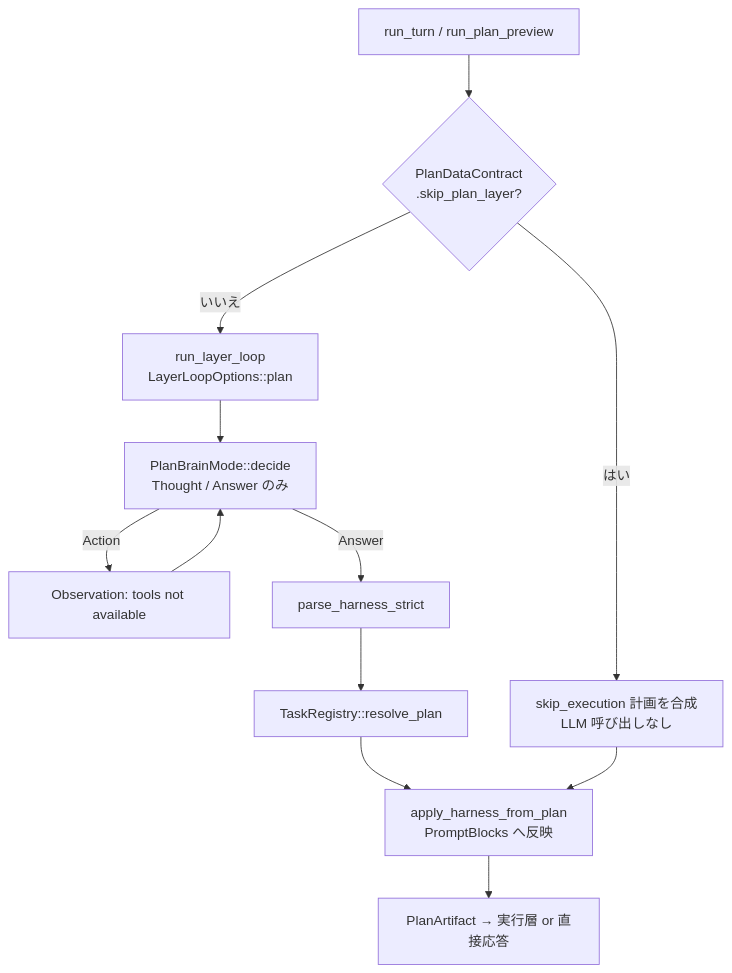
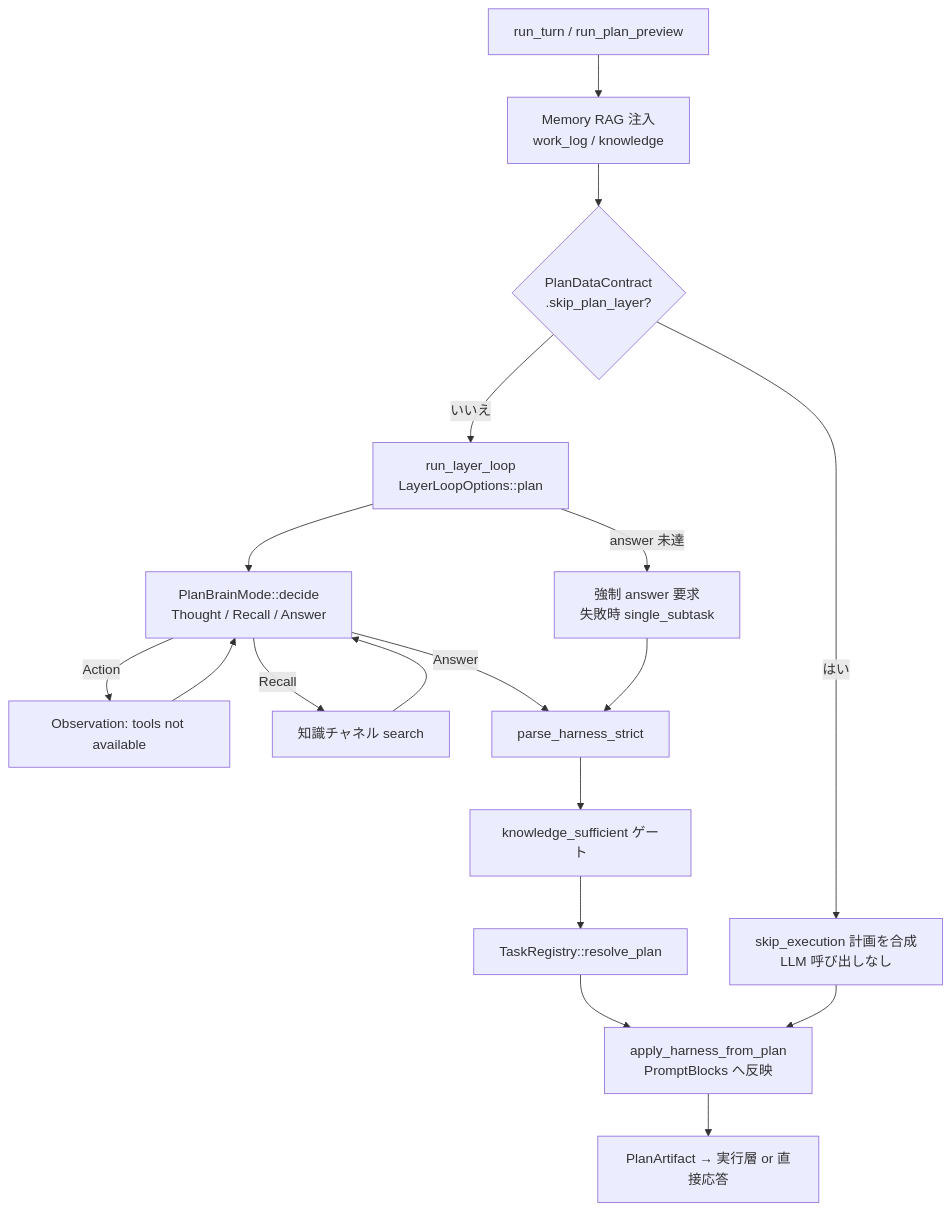
The second of 7 diagrams in doc/architecture/01_計画層.md (tax-mux/harness-seed), drawn with Mermaid before and after one commit. The commit also changed other lines of this file and 43 other files, not shown here.

First line of the commit message:
Harden plan/memory contracts and document the memory layer.

````diff
--- a/doc/architecture/01_計画層.md
+++ b/doc/architecture/01_計画層.md
@@ -34,14 +35,20 @@
 ```mermaid
 flowchart TD
-    START["run_turn / run_plan_preview"] --> SKIP{"PlanDataContract<br/>.skip_plan_layer?"}
+    START["run_turn / run_plan_preview"] --> MEM["Memory RAG 注入<br/>work_log / knowledge"]
+    MEM --> SKIP{"PlanDataContract<br/>.skip_plan_layer?"}
     SKIP -->|はい| TRIV["skip_execution 計画を合成<br/>LLM 呼び出しなし"]
     SKIP -->|いいえ| LOOP["run_layer_loop<br/>LayerLoopOptions::plan"]
-    LOOP --> BRAIN["PlanBrainMode::decide<br/>Thought / Answer のみ"]
+    LOOP --> BRAIN["PlanBrainMode::decide<br/>Thought / Recall / Answer"]
     BRAIN -->|Action| REJ["Observation: tools not available"]
     REJ --> BRAIN
+    BRAIN -->|Recall| MEM2["知識チャネル search"]
+    MEM2 --> BRAIN
     BRAIN -->|Answer| PARSE["parse_harness_strict"]
-    PARSE --> RESOLVE["TaskRegistry::resolve_plan"]
+    LOOP -->|answer 未達| FIN["強制 answer 要求<br/>失敗時 single_subtask"]
+    FIN --> PARSE
+    PARSE --> KS["knowledge_sufficient ゲート"]
+    KS --> RESOLVE["TaskRegistry::resolve_plan"]
     RESOLVE --> APPLY["apply_harness_from_plan<br/>PromptBlocks へ反映"]
     TRIV --> APPLY
     APPLY --> OUT["PlanArtifact → 実行層 or 直接応答"]
 ```
````
